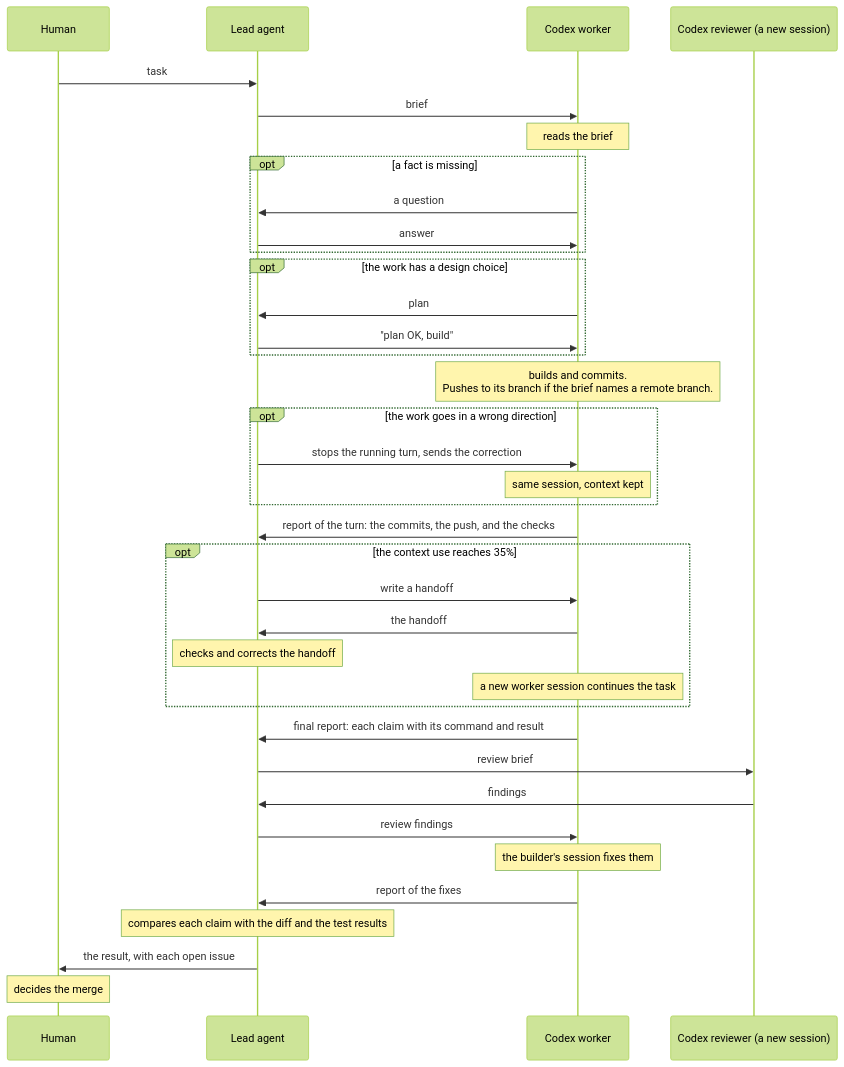
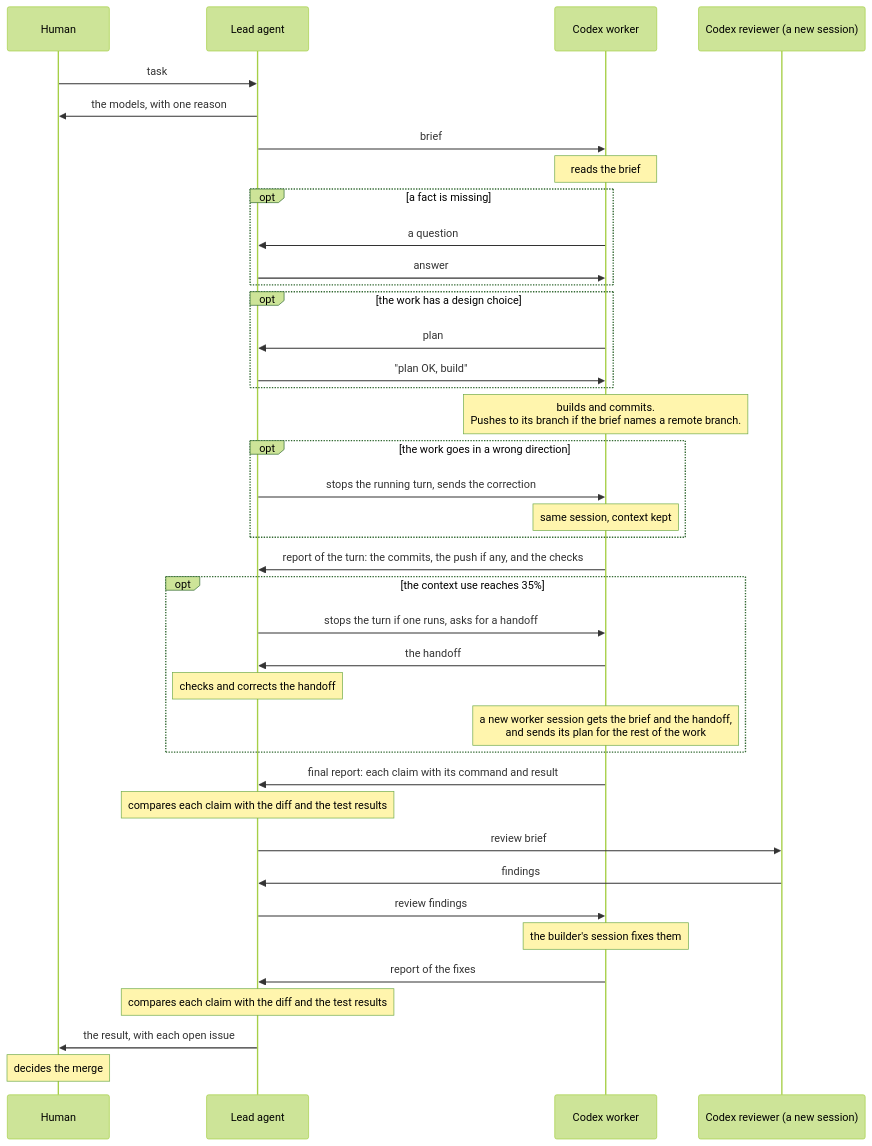
One commit to binhle312/cty1ng changed the second of 2 diagrams in .agents/skills/codex-workers/GUIDE.md. Above: the diagram before and after it, drawn with Mermaid (forest theme). The commit also changed other lines of this file, not shown here.

````diff
--- a/.agents/skills/codex-workers/GUIDE.md
+++ b/.agents/skills/codex-workers/GUIDE.md
@@ -42,40 +42,42 @@
 ```mermaid
 sequenceDiagram
   participant H as Human
   participant L as Lead agent
   participant W as Codex worker
   participant R as Codex reviewer (a new session)
 
   H->>L: task
+  L->>H: the models, with one reason
   L->>W: brief
   Note over W: reads the brief
   opt a fact is missing
     W->>L: a question
     L->>W: answer
   end
   opt the work has a design choice
     W->>L: plan
     L->>W: "plan OK, build"
   end
   Note over W: builds and commits.<br/>Pushes to its branch if the brief names a remote branch.
   opt the work goes in a wrong direction
     L->>W: stops the running turn, sends the correction
     Note over W: same session, context kept
   end
-  W->>L: report of the turn: the commits, the push, and the checks
+  W->>L: report of the turn: the commits, the push if any, and the checks
   opt the context use reaches 35%
-    L->>W: write a handoff
+    L->>W: stops the turn if one runs, asks for a handoff
     W->>L: the handoff
     Note over L: checks and corrects the handoff
-    Note over W: a new worker session continues the task
+    Note over W: a new worker session gets the brief and the handoff,<br/>and sends its plan for the rest of the work
   end
   W->>L: final report: each claim with its command and result
+  Note over L: compares each claim with the diff and the test results
   L->>R: review brief
   R->>L: findings
   L->>W: review findings
   Note over W: the builder's session fixes them
   W->>L: report of the fixes
   Note over L: compares each claim with the diff and the test results
   L->>H: the result, with each open issue
   Note over H: decides the merge
 ```
````
